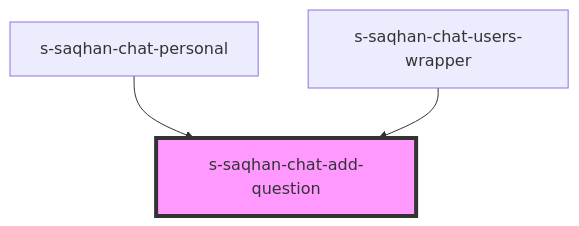
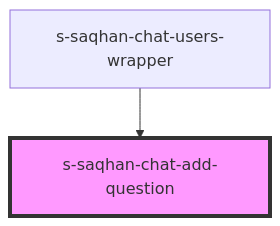
One commit to saqhan/stencil-chat changed the diagram in src/components/module/module-chat/res/view/s-saqhan-chat-add-question/readme.md. Above: the diagram before and after it, drawn with Mermaid. The commit also changed other lines of this file and 27 other files, not shown here.

````diff
--- a/src/components/module/module-chat/res/view/s-saqhan-chat-add-question/readme.md
+++ b/src/components/module/module-chat/res/view/s-saqhan-chat-add-question/readme.md
@@ -16,6 +15,5 @@
 ```mermaid
 graph TD;
-  s-saqhan-chat-personal --> s-saqhan-chat-add-question
   s-saqhan-chat-users-wrapper --> s-saqhan-chat-add-question
   style s-saqhan-chat-add-question fill:#f9f,stroke:#333,stroke-width:4px
 ```
````
